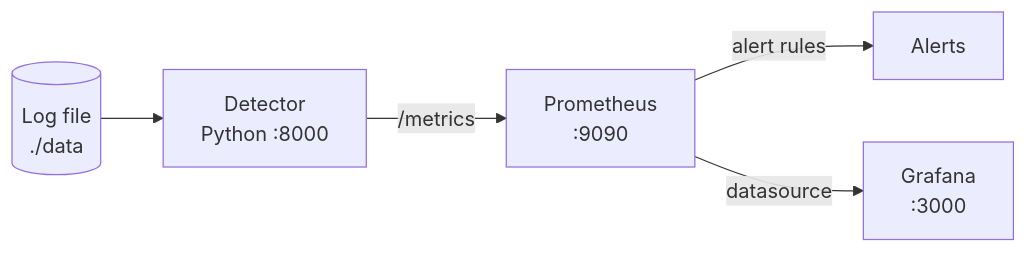
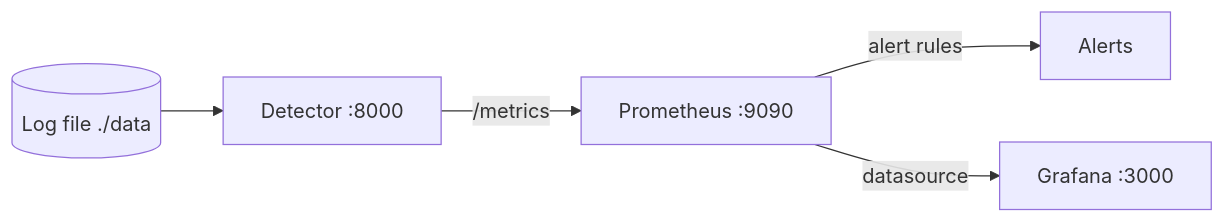
The diagram in README.md (Danishwani1999/Advance_Log_Detector), drawn with Mermaid before and after one commit. The commit also changed other lines of this file and 16 other files, not shown here.

````diff
--- a/README.md
+++ b/README.md
@@ -26,7 +13,7 @@
 ```mermaid
 flowchart LR
-    LOG[(Log file<br/>./data)] --> DET[Detector<br/>Python :8000]
-    DET -->|/metrics| PROM[Prometheus<br/>:9090]
+    LOG[(Log file ./data)] --> DET[Detector :8000]
+    DET -->|/metrics| PROM[Prometheus :9090]
     PROM -->|alert rules| ALERTS[Alerts]
-    PROM -->|datasource| GRAF[Grafana<br/>:3000]
+    PROM -->|datasource| GRAF[Grafana :3000]
 ```
````
